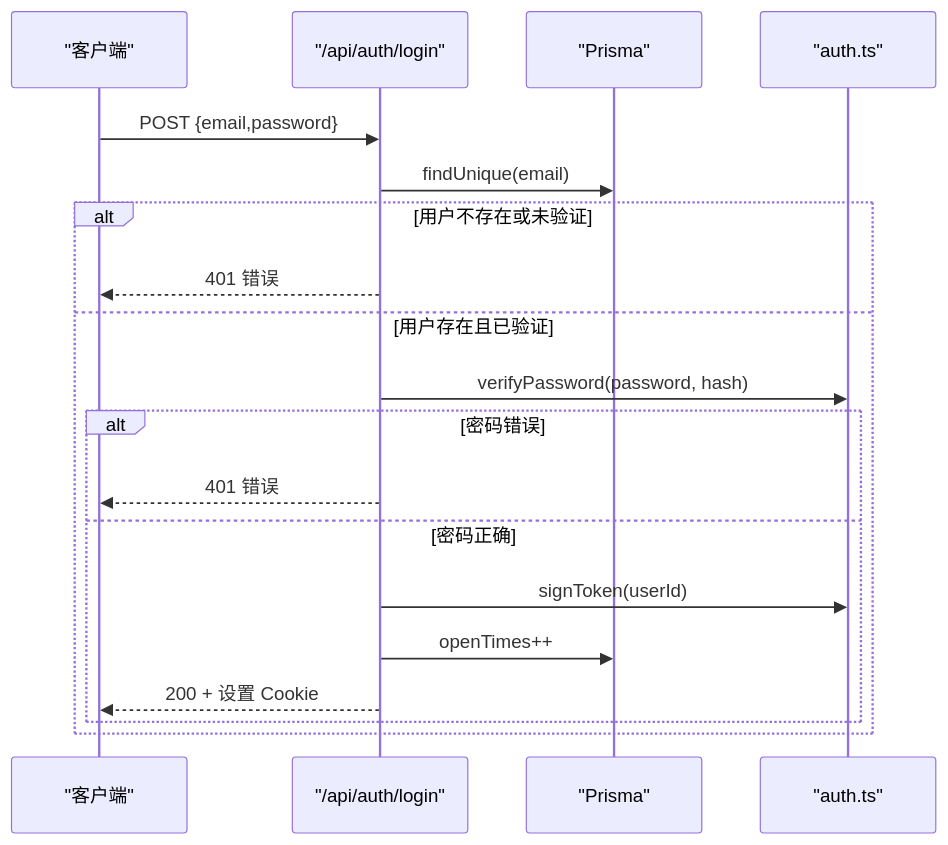
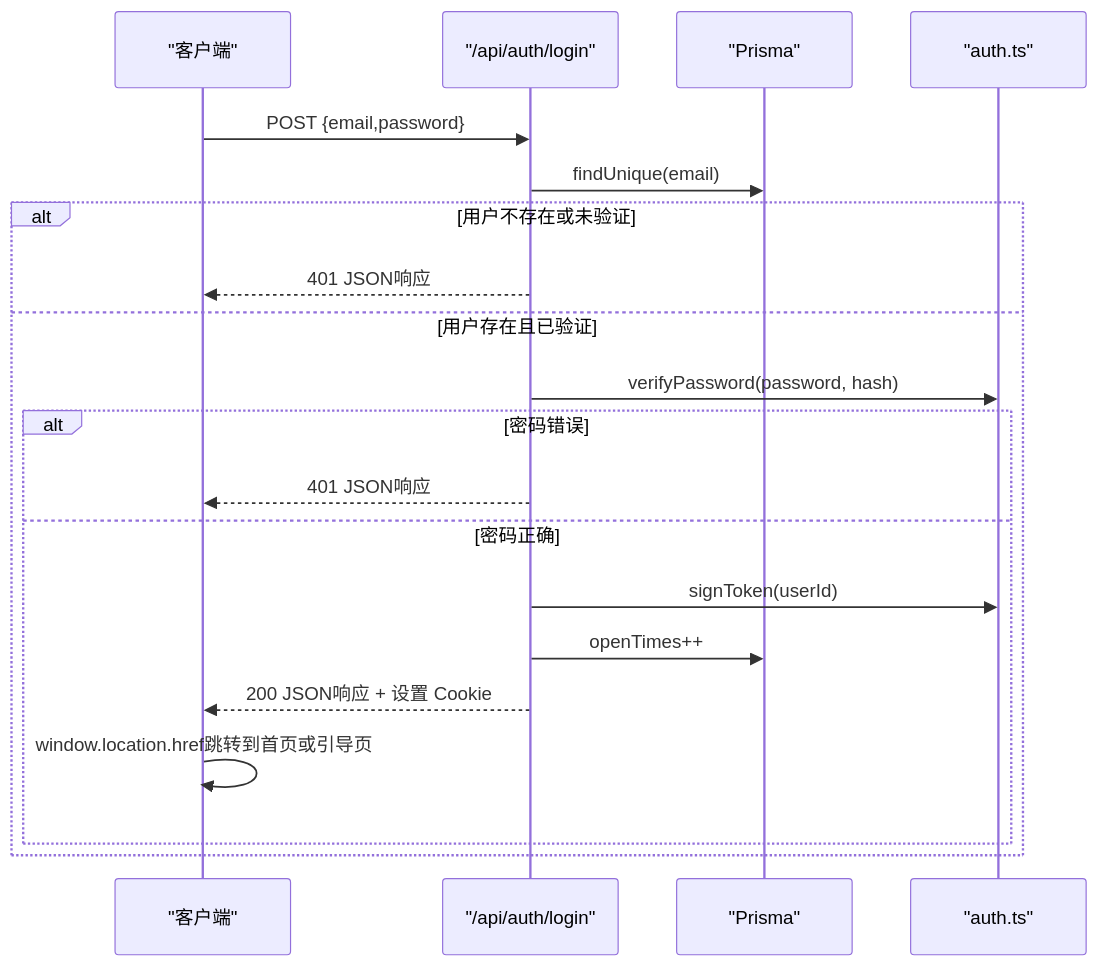
Before and after one commit to kangkang919/xinya: the fourth of 10 diagrams in .qoder/repowiki/zh/content/用户认证系统/用户认证系统.md, drawn with Mermaid. The commit also changed other lines of this file and 35 other files, not shown here.

````diff
--- a/.qoder/repowiki/zh/content/用户认证系统/用户认证系统.md
+++ b/.qoder/repowiki/zh/content/用户认证系统/用户认证系统.md
@@ -179,21 +213,22 @@
 ```mermaid
 sequenceDiagram
 participant C as "客户端"
 participant L as "/api/auth/login"
 participant P as "Prisma"
 participant A as "auth.ts"
 C->>L : POST {email,password}
 L->>P : findUnique(email)
 alt 用户不存在或未验证
-L-->>C : 401 错误
+L-->>C : 401 JSON响应
 else 用户存在且已验证
 L->>A : verifyPassword(password, hash)
 alt 密码错误
-L-->>C : 401 错误
+L-->>C : 401 JSON响应
 else 密码正确
 L->>A : signToken(userId)
 L->>P : openTimes++
-L-->>C : 200 + 设置 Cookie
+L-->>C : 200 JSON响应 + 设置 Cookie
+C->>C : window.location.href跳转到首页或引导页
 end
 end
 ```
````
